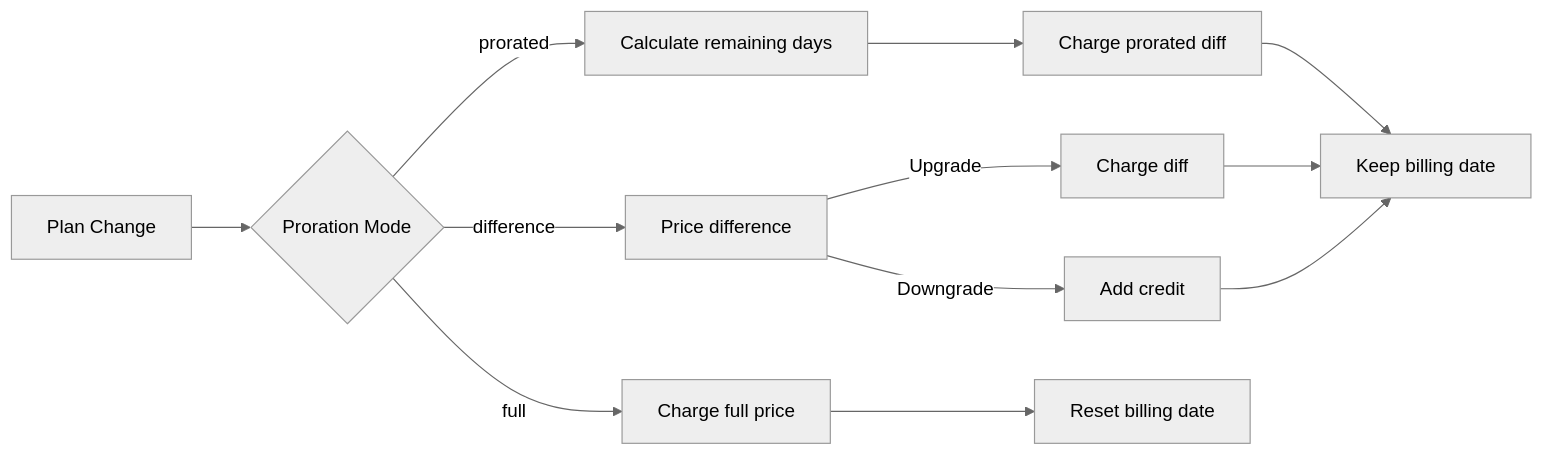
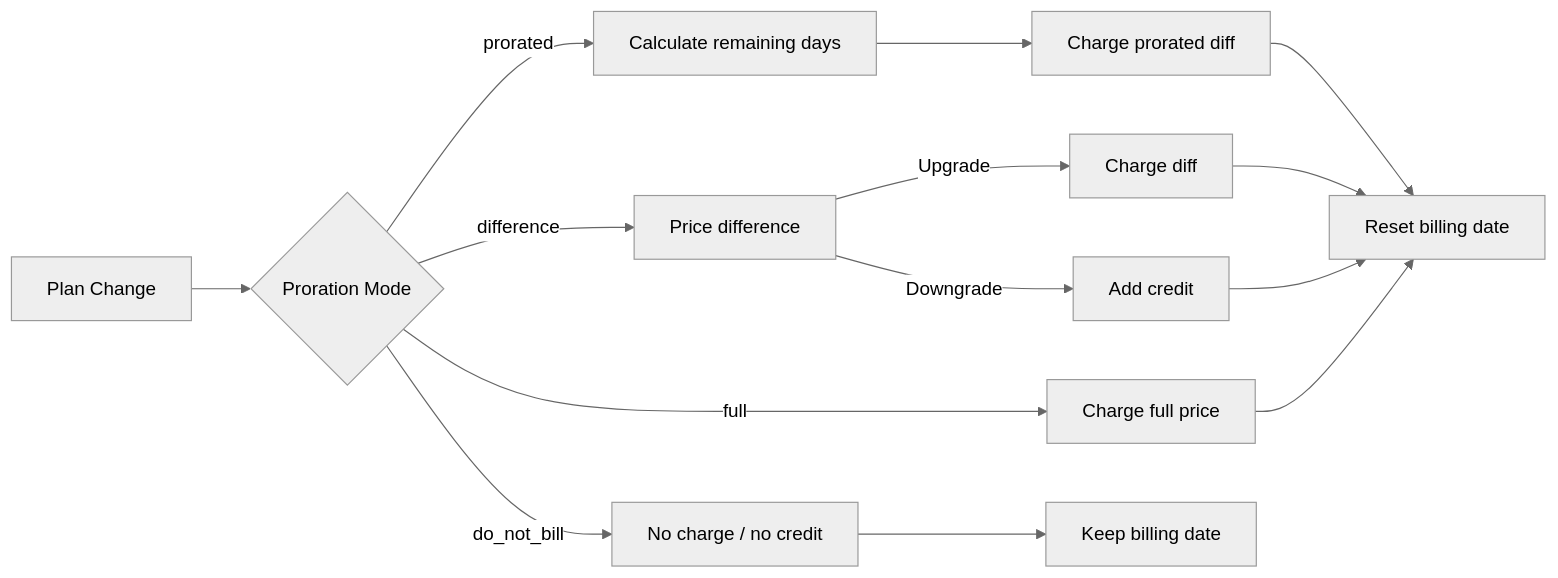
One commit to dodopayments/dodo-docs changed the third of 3 diagrams in developer-resources/subscription-upgrade-downgrade.mdx. Above: the diagram before and after it, drawn with Mermaid (neutral theme). The commit also changed other lines of this file and 1 other file, not shown here.

First line of the commit message:
fix: correct proration billing cycle behavior in docs (#309)

````diff
--- a/developer-resources/subscription-upgrade-downgrade.mdx
+++ b/developer-resources/subscription-upgrade-downgrade.mdx
@@ -653,14 +656,16 @@
 ```mermaid
 flowchart LR
     A[Plan Change] --> B{Proration Mode}
     B -->|prorated| C[Calculate remaining days]
     C --> D[Charge prorated diff]
-    D --> E[Keep billing date]
+    D --> E[Reset billing date]
     B -->|difference| F[Price difference]
     F -->|Upgrade| G[Charge diff]
     F -->|Downgrade| H[Add credit]
     G --> E
     H --> E
     B -->|full| I[Charge full price]
-    I --> J[Reset billing date]
+    I --> E
+    B -->|do_not_bill| J[No charge / no credit]
+    J --> K[Keep billing date]
 ```
````
